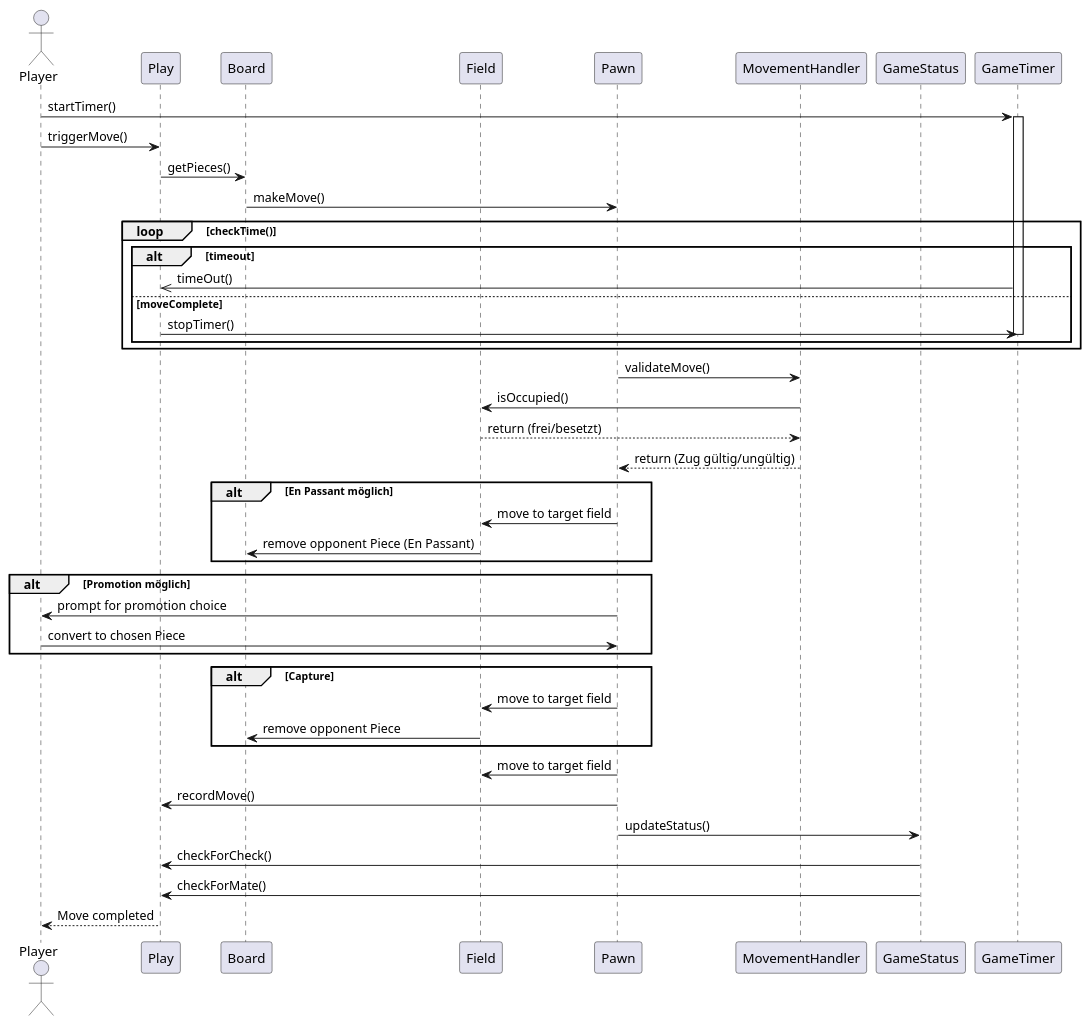
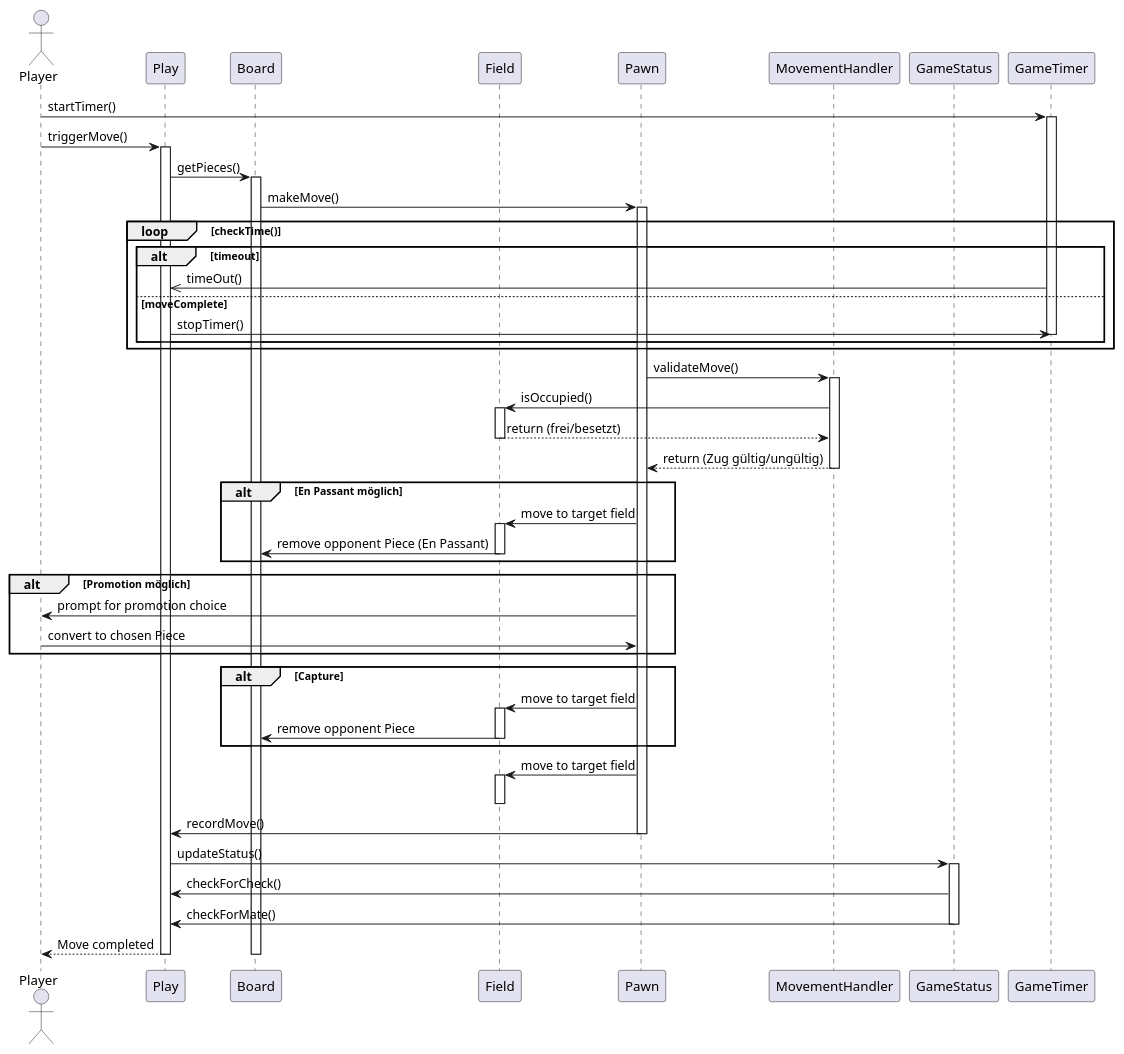
Before and after one commit to ruhlando/uni-project-chess: the diagram in Sequence Diagram/sequenceDiagram.iuml, drawn with PlantUML.

```diff
--- a/Sequence Diagram/sequenceDiagram.iuml
+++ b/Sequence Diagram/sequenceDiagram.iuml
@@ -1,63 +1,71 @@
 @startuml
 
 ' Teilnehmer
 actor Player
 participant Play
 participant Board
 participant Field
 participant Pawn as Piece
 participant MovementHandler
 participant GameStatus
 participant GameTimer
 
 ' Start des Zuges
 Player -> GameTimer++ : startTimer()
-Player -> Play : triggerMove()
-Play -> Board : getPieces()
-Board -> Piece : makeMove()
+Player -> Play++ : triggerMove()
+Play -> Board++ : getPieces()
+Board -> Piece++ : makeMove()
 
 loop checkTime()
 alt timeout
 GameTimer ->> Play : timeOut()
 else moveComplete
 Play -> GameTimer : stopTimer()
 GameTimer--
 end
 end
 
 ' Validierung des Bauernzugs
-Piece -> MovementHandler : validateMove()
-MovementHandler -> Field : isOccupied()
+Piece -> MovementHandler++ : validateMove()
+MovementHandler -> Field++ : isOccupied()
 Field --> MovementHandler : return (frei/besetzt)
+Field--
 MovementHandler --> Piece : return (Zug gültig/ungültig)
+MovementHandler--
 
 ' Bedingung: En Passant, Promotion oder Schlagen
 alt En Passant möglich
-    Piece -> Field : move to target field
+    Piece -> Field++ : move to target field
     Field -> Board : remove opponent Piece (En Passant)
+    Field--
 end
 
 alt Promotion möglich
     Piece -> Player : prompt for promotion choice
     Player -> Piece : convert to chosen Piece
 end
 
 alt Capture
-    Piece -> Field : move to target field
+    Piece -> Field++ : move to target field
     Field -> Board : remove opponent Piece
+    Field--
 end
 
 ' Normaler Zug oder nach Sonderzug ausgeführt
-Piece -> Field : move to target field
+Piece -> Field++ : move to target field
+Field--
 Piece -> Play : recordMove()
+Piece--
 
 ' Spielstatus aktualisieren
-Piece -> GameStatus : updateStatus()
+Play -> GameStatus++ : updateStatus()
 GameStatus -> Play : checkForCheck()
 GameStatus -> Play : checkForMate()
-
+GameStatus--
 
 ' Rückmeldung an den Spieler
 Play --> Player : Move completed
+Play--
+Board--
 
 @enduml
```
